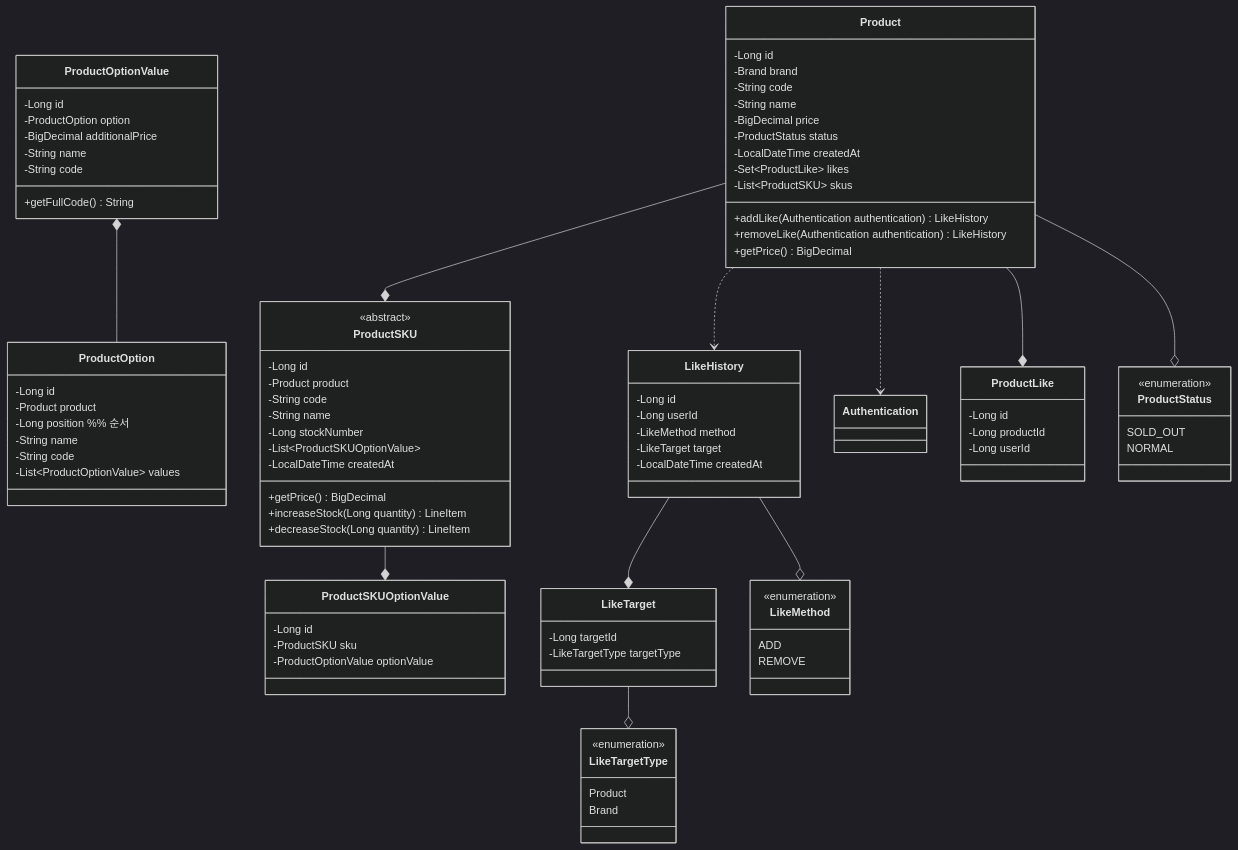
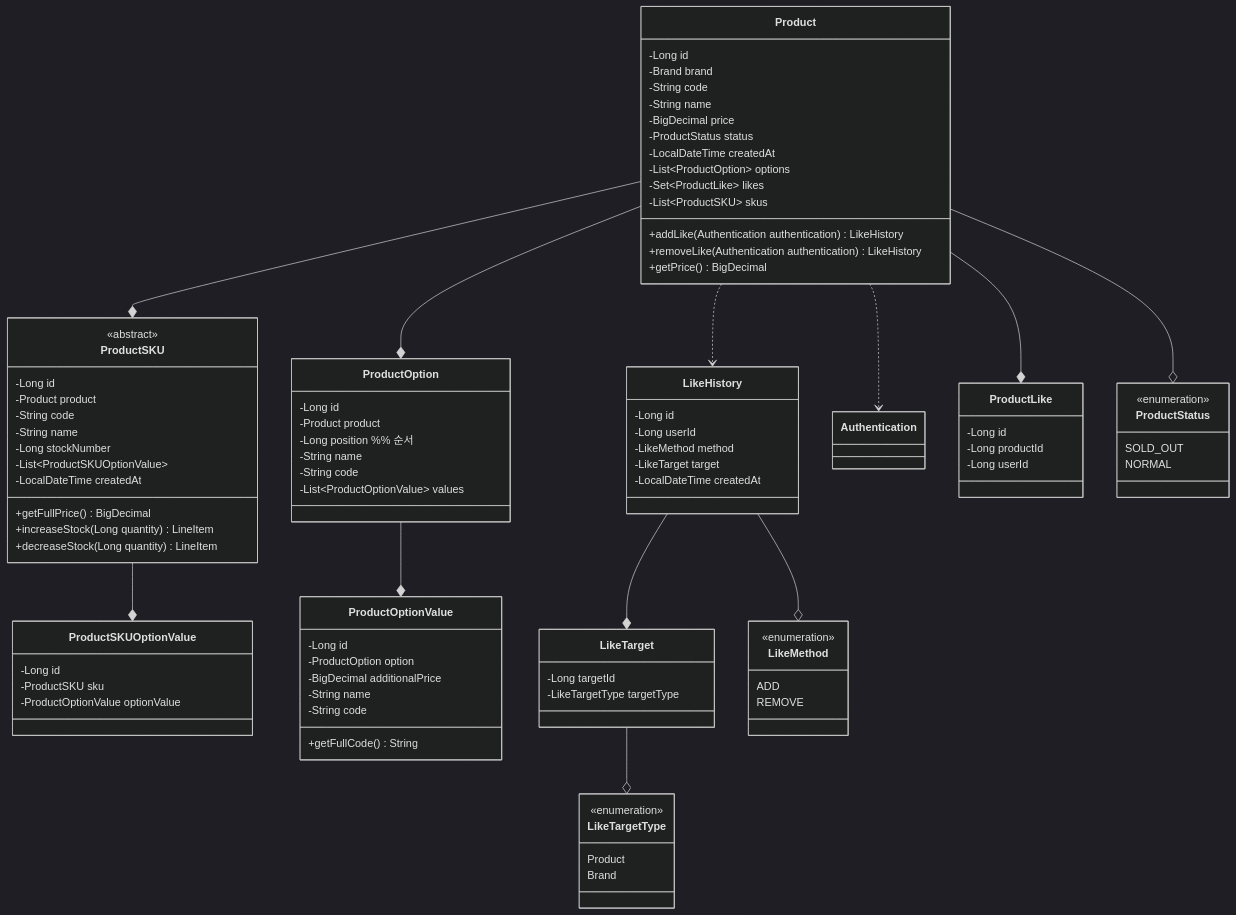
Before and after one commit to jsween5723/loopers-spring-kotlin-template: the fourth of 6 diagrams in docs/03-class-diagrams.md, drawn with Mermaid (dark theme). The commit also changed other lines of this file, not shown here.

Commit message:
docs(sku): 클래스 다이어그램 정렬

```diff
--- a/docs/03-class-diagrams.md
+++ b/docs/03-class-diagrams.md
@@ -76,6 +76,7 @@
         -BigDecimal price
         -ProductStatus status
         -LocalDateTime createdAt
+        -List~ProductOption~ options
         -Set~ProductLike~ likes
         -List~ProductSKU~ skus
         +addLike(Authentication authentication) LikeHistory
@@ -83,7 +84,7 @@
         +getPrice() BigDecimal
     }
     Product --* ProductSKU
-    
+
     class ProductSKU {
         <<abstract>>
         -Long id
@@ -93,19 +94,19 @@
         -Long stockNumber
         -List~ProductSKUOptionValue~
         -LocalDateTime createdAt
-        +getPrice() BigDecimal
+        +getFullPrice() BigDecimal
         +increaseStock(Long quantity) LineItem
         +decreaseStock(Long quantity) LineItem
     }
 
     ProductSKU --* ProductSKUOptionValue
-    
+
     class ProductSKUOptionValue {
         -Long id
         -ProductSKU sku
         -ProductOptionValue optionValue
     }
-    
+
     class ProductOptionValue {
         -Long id
         -ProductOption option
@@ -114,7 +115,7 @@
         -String code
         +getFullCode() String
     }
-    ProductOptionValue *-- ProductOption
+    ProductOption --* ProductOptionValue
     class ProductOption {
         -Long id
         -Product product
@@ -125,8 +126,8 @@
     }
     Product ..> LikeHistory
     Product ..> Authentication
+    Product --* ProductOption
 
-    
     class LikeHistory {
         -Long id
         -Long userId
@@ -146,13 +147,13 @@
         Product
         Brand
     }
-    
+
     class LikeMethod {
         <<enumeration>>
         ADD
         REMOVE
     }
-    
+
     Product --* ProductLike
     Product --o ProductStatus
     class ProductLike {
```
